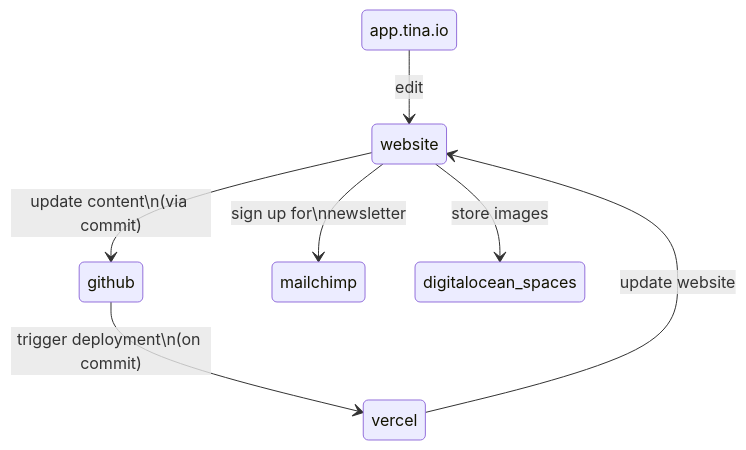
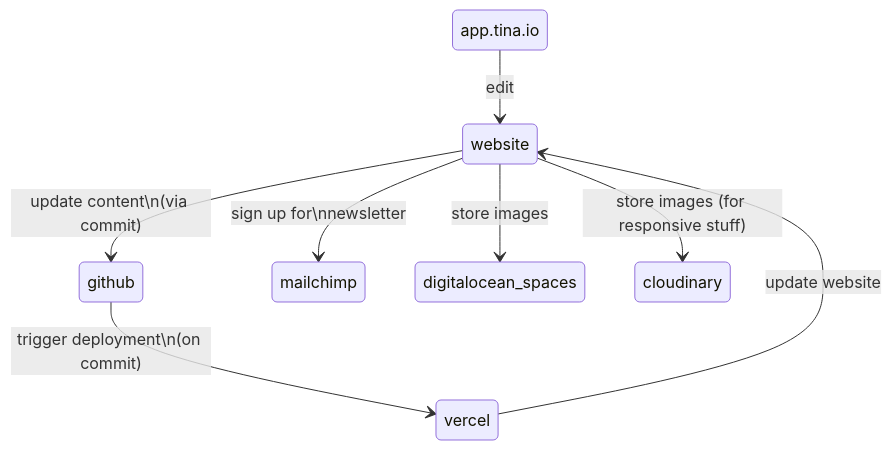
Before and after one commit to Startup-Nights/website: the diagram in README.md, drawn with Mermaid. The commit also changed other lines of this file and 4 other files, not shown here.

````diff
--- a/README.md
+++ b/README.md
@@ -18,9 +18,10 @@
 ```mermaid
 stateDiagram-v2
     app.tina.io --> website: edit
     website --> github: update content\n(via commit)
     github --> vercel: trigger deployment\n(on commit)
     vercel --> website: update website
     website --> mailchimp: sign up for\nnewsletter
     website --> digitalocean_spaces: store images
+    website --> cloudinary: store images (for responsive stuff)
 ```
````
